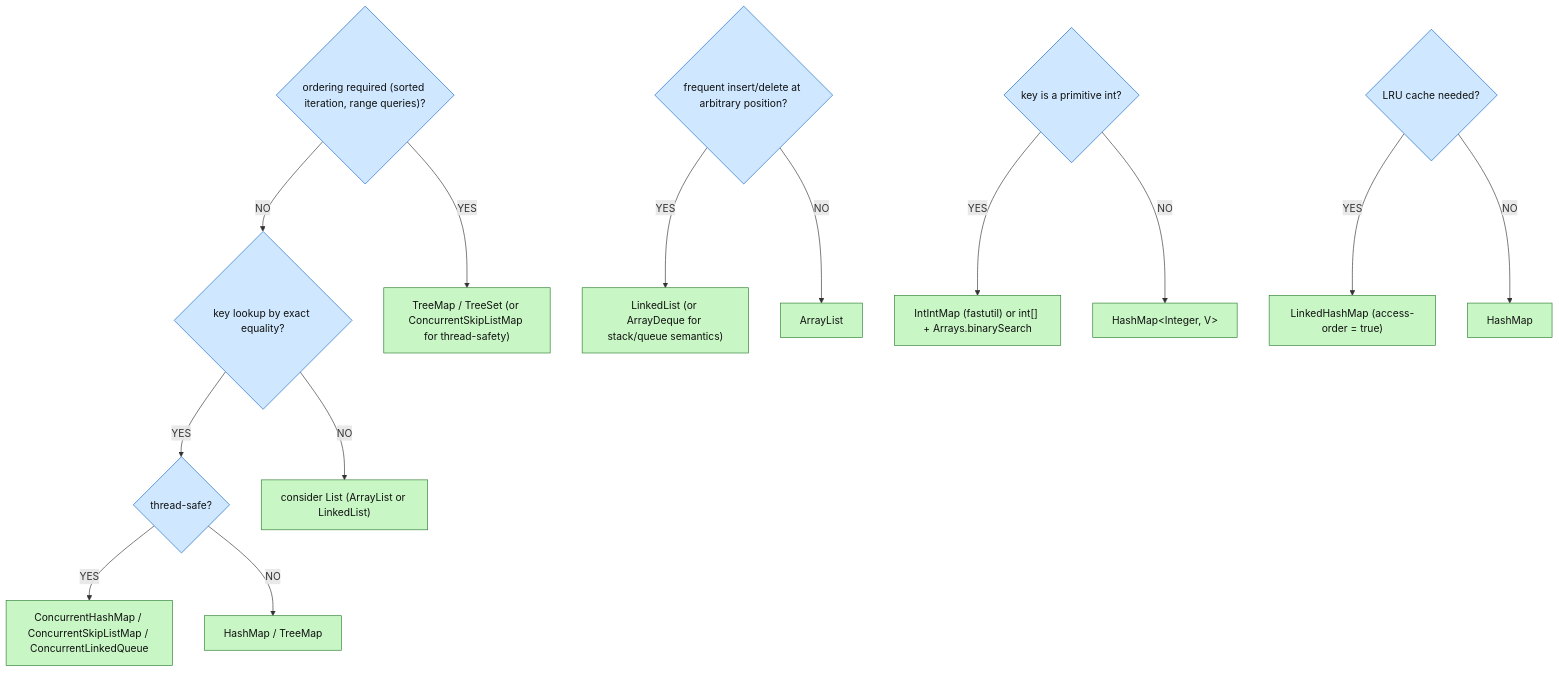
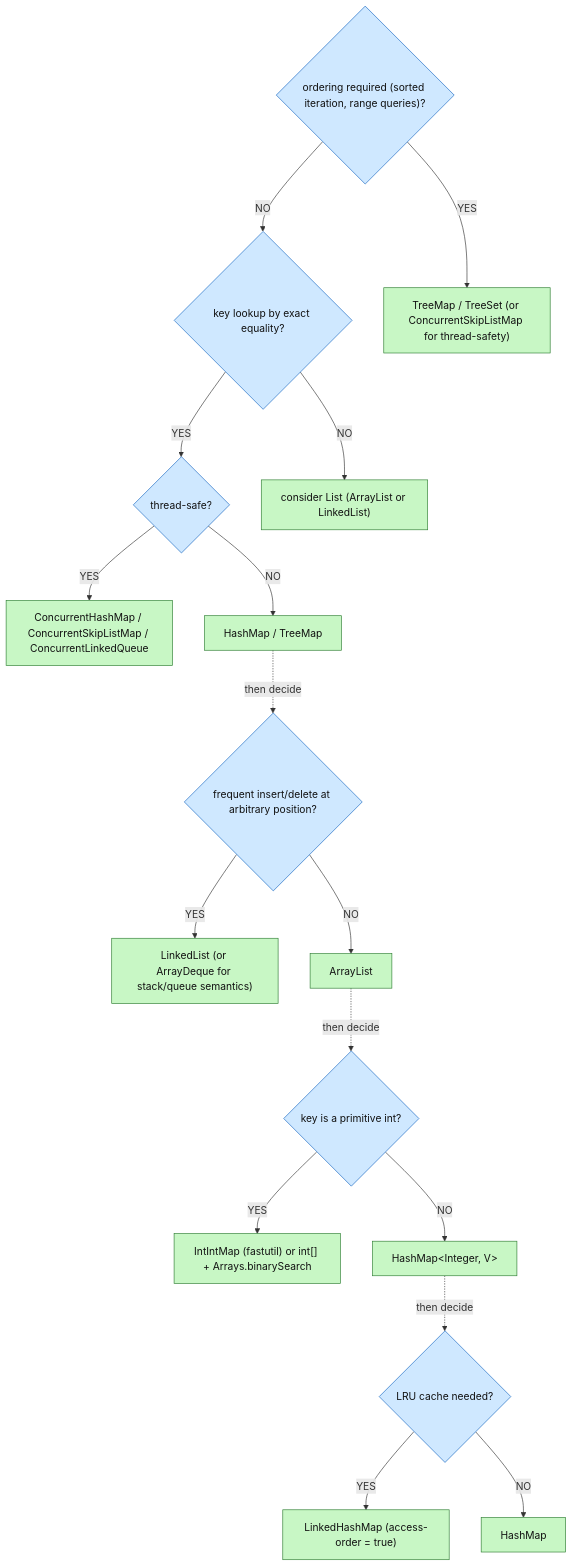
The seventh of 7 diagrams in 02_Data_Structures/01g_DS_Internals.md (SaiHarsha502vvit/Daily-Prep), drawn with Mermaid before and after one commit. The commit also changed 9 other files, not shown here.

First line of the commit message:
docs(data-structures): decision trees to Mermaid in A3/A4 and connect chained questions

````diff
--- a/02_Data_Structures/01g_DS_Internals.md
+++ b/02_Data_Structures/01g_DS_Internals.md
@@ -1911,25 +1911,28 @@
 ```mermaid
 flowchart TD
     Q0{"ordering required (sorted iteration, range queries)?"}
     Q1{"key lookup by exact equality?"}
     Q2{"thread-safe?"}
     Q3{"frequent insert/delete at arbitrary position?"}
     Q4{"key is a primitive int?"}
     Q5{"LRU cache needed?"}
     Q0 -- YES --> A1["TreeMap / TreeSet (or ConcurrentSkipListMap for thread-safety)"]
     Q0 -- NO --> Q1
     Q1 -- YES --> Q2
     Q1 -- NO --> A2["consider List (ArrayList or LinkedList)"]
     Q2 -- YES --> A3["ConcurrentHashMap / ConcurrentSkipListMap / ConcurrentLinkedQueue"]
     Q2 -- NO --> A4["HashMap / TreeMap"]
     Q3 -- YES --> A5["LinkedList (or ArrayDeque for stack/queue semantics)"]
     Q3 -- NO --> A6["ArrayList"]
     Q4 -- YES --> A7["IntIntMap (fastutil) or int[] + Arrays.binarySearch"]
     Q4 -- NO --> A8["HashMap&lt;Integer, V&gt;"]
     Q5 -- YES --> A9["LinkedHashMap (access-order = true)"]
     Q5 -- NO --> A10["HashMap"]
+    A4 -. "then decide" .-> Q3
+    A6 -. "then decide" .-> Q4
+    A8 -. "then decide" .-> Q5
     classDef ask fill:#cfe8ff,stroke:#1565c0,color:#111
     classDef ans fill:#c8f7c5,stroke:#2e7d32,color:#111
     class Q0,Q1,Q2,Q3,Q4,Q5 ask
     class A1,A2,A3,A4,A5,A6,A7,A8,A9,A10 ans
 ```
````
